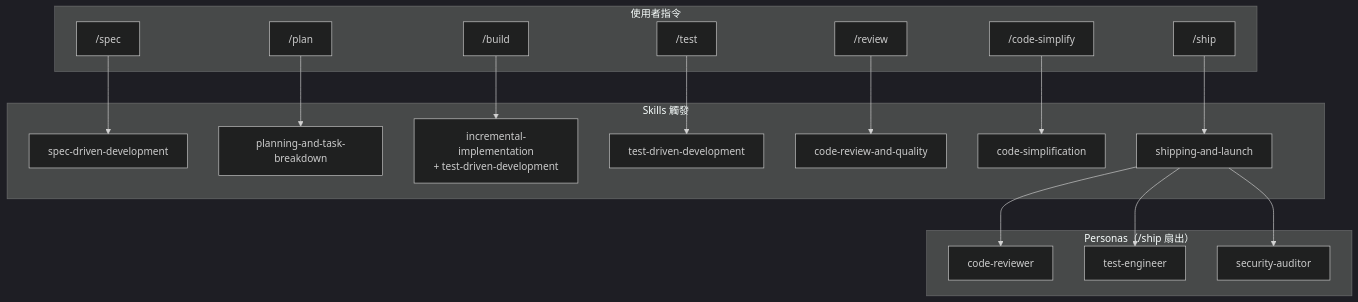
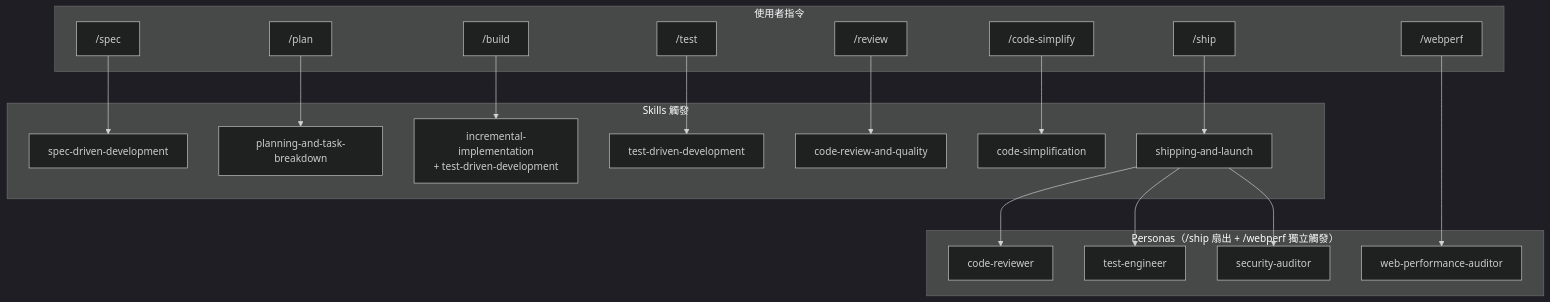
Before and after one commit to chihhung/Blog: the sixth of 12 diagrams in content/posts/教學/AI開發/addyosmani agent-skills 教學手冊.md, drawn with Mermaid (dark theme). The commit also changed other lines of this file and 1 other file, not shown here.

````diff
--- a/content/posts/教學/AI開發/addyosmani agent-skills 教學手冊.md
+++ b/content/posts/教學/AI開發/addyosmani agent-skills 教學手冊.md
@@ -1849,39 +2028,42 @@
 ```mermaid
 graph TD
     subgraph "使用者指令"
         C1["/spec"]
         C2["/plan"]
         C3["/build"]
         C4["/test"]
         C5["/review"]
         C6["/code-simplify"]
         C7["/ship"]
+        C8["/webperf"]
     end
 
     subgraph "Skills 觸發"
         S1["spec-driven-development"]
         S2["planning-and-task-breakdown"]
         S3["incremental-implementation<br>+ test-driven-development"]
         S4["test-driven-development"]
         S5["code-review-and-quality"]
         S6["code-simplification"]
         S7["shipping-and-launch"]
     end
 
-    subgraph "Personas（/ship 扇出）"
+    subgraph "Personas（/ship 扇出 + /webperf 獨立觸發）"
         P1["code-reviewer"]
         P2["test-engineer"]
         P3["security-auditor"]
+        P4["web-performance-auditor"]
     end
 
     C1 --> S1
     C2 --> S2
     C3 --> S3
     C4 --> S4
     C5 --> S5
     C6 --> S6
     C7 --> S7
+    C8 --> P4
     S7 --> P1
     S7 --> P2
     S7 --> P3
 ```
````
